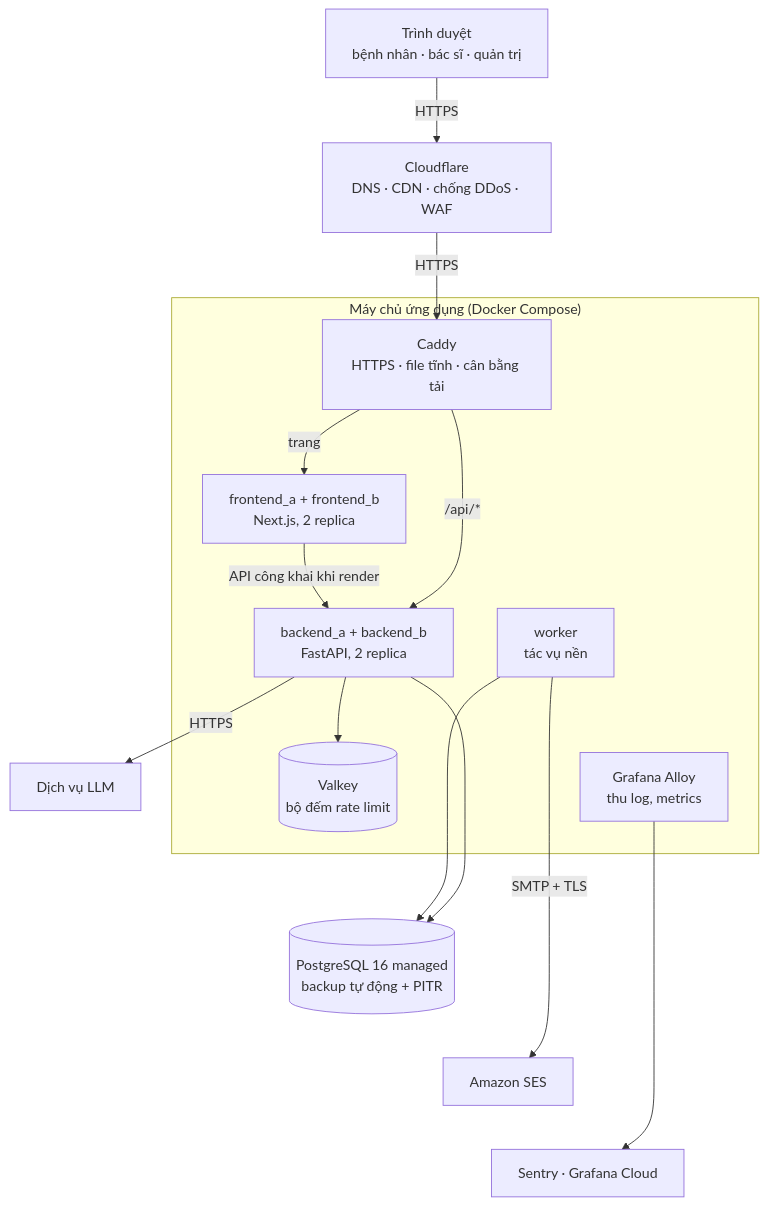
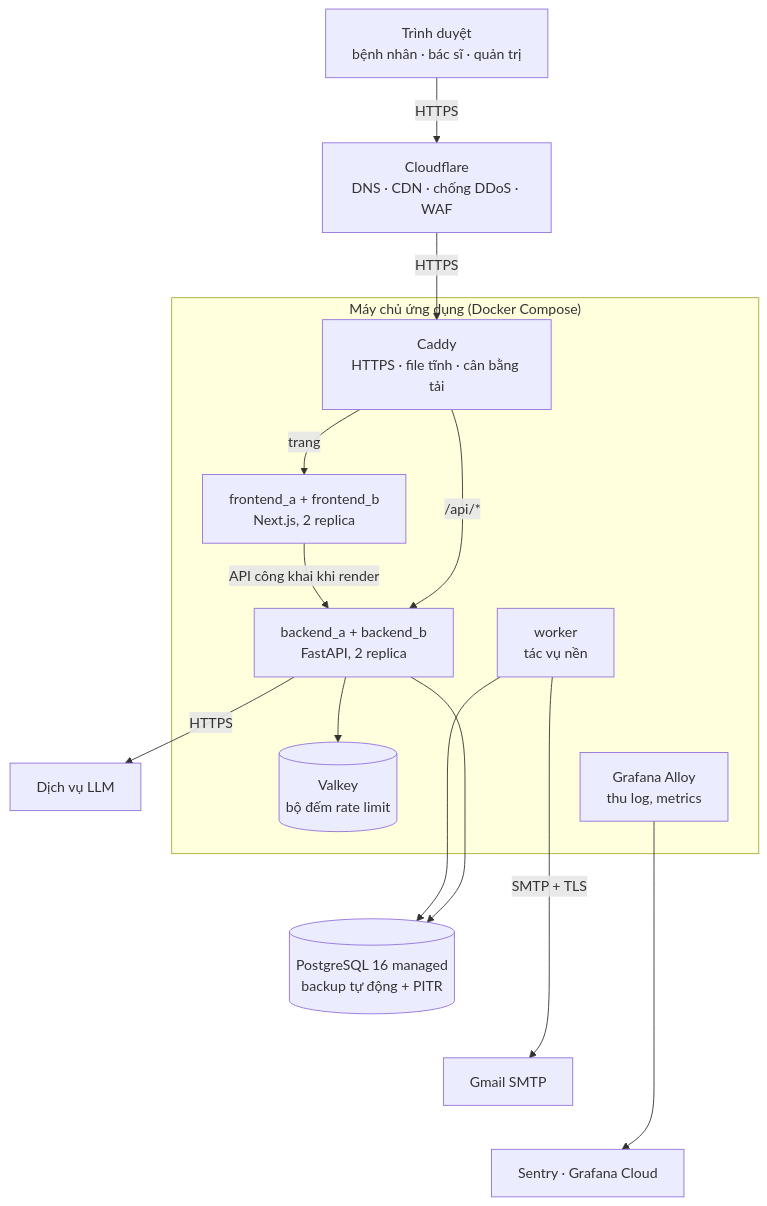
The first of 13 diagrams in docs/System Design — Hệ thống đặt lịch khám bệnh tích hợp AI Agent.md (phamtuanviet/DACN_23020172), drawn with Mermaid before and after one commit. The commit also changed other lines of this file and 7 other files, not shown here.

First line of the commit message:
chore(deploy): gửi email qua Gmail SMTP thay Amazon SES

````diff
--- a/docs/System Design — Hệ thống đặt lịch khám bệnh tích hợp AI Agent.md
+++ b/docs/System Design — Hệ thống đặt lịch khám bệnh tích hợp AI Agent.md
@@ -32,19 +32,19 @@
 ```mermaid
 flowchart TB
     U["Trình duyệt<br/>bệnh nhân · bác sĩ · quản trị"] -- "HTTPS" --> CF["Cloudflare<br/>DNS · CDN · chống DDoS · WAF"]
     CF -- "HTTPS" --> CADDY
     subgraph VM["Máy chủ ứng dụng (Docker Compose)"]
         CADDY["Caddy<br/>HTTPS · file tĩnh · cân bằng tải"] -- "trang" --> WEB["frontend_a + frontend_b<br/>Next.js, 2 replica"]
         CADDY -- "/api/*" --> API["backend_a + backend_b<br/>FastAPI, 2 replica"]
         WEB -- "API công khai khi render" --> API
         CADDY ~~~ WK["worker<br/>tác vụ nền"]
         API --> VK[("Valkey<br/>bộ đếm rate limit")]
         WK ~~~ AL["Grafana Alloy<br/>thu log, metrics"]
     end
     API -- "HTTPS" --> LLM["Dịch vụ LLM"]
     API --> PG[("PostgreSQL 16 managed<br/>backup tự động + PITR")]
     WK --> PG
-    WK -- "SMTP + TLS" --> SES["Amazon SES"]
+    WK -- "SMTP + TLS" --> SES["Gmail SMTP"]
     AL --> OBS["Sentry · Grafana Cloud"]
     LLM ~~~ PG ~~~ SES ~~~ OBS
 ```
````
